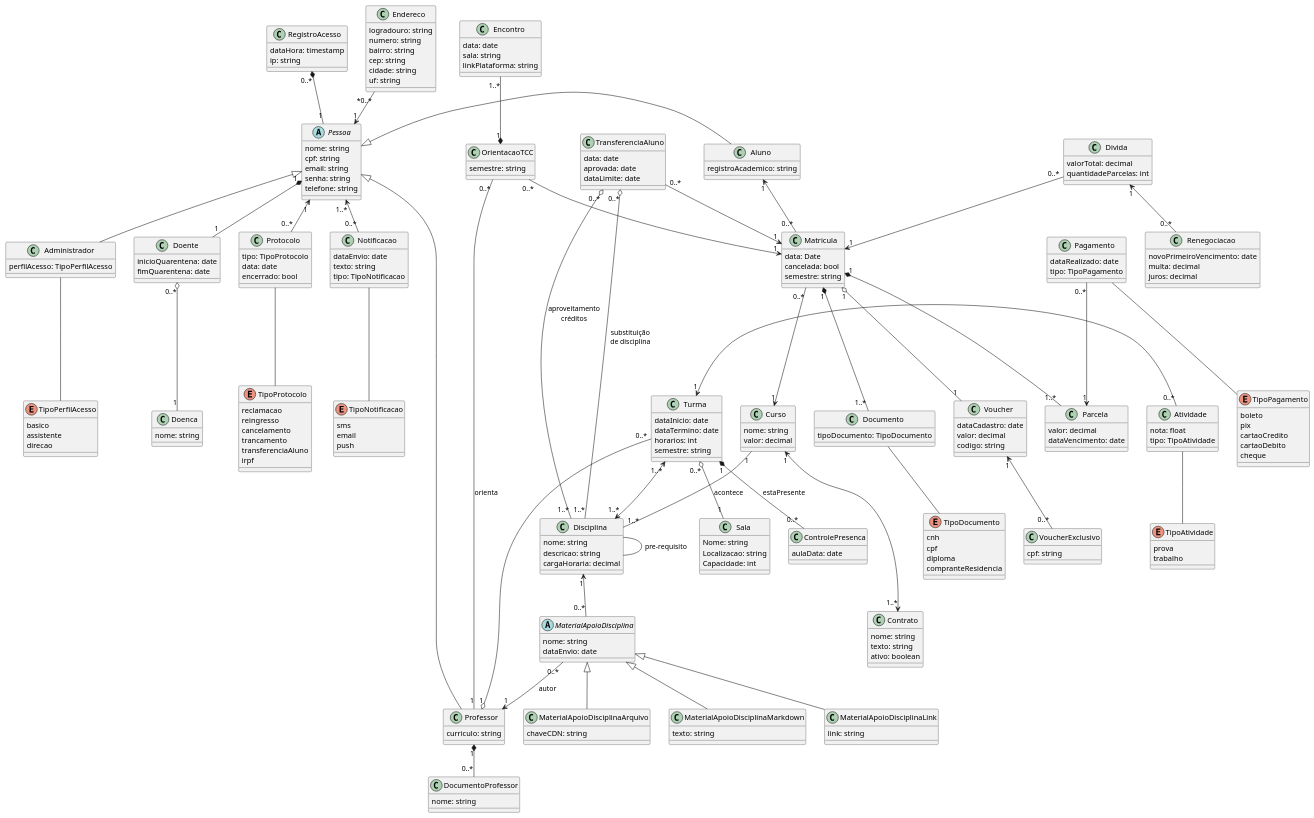
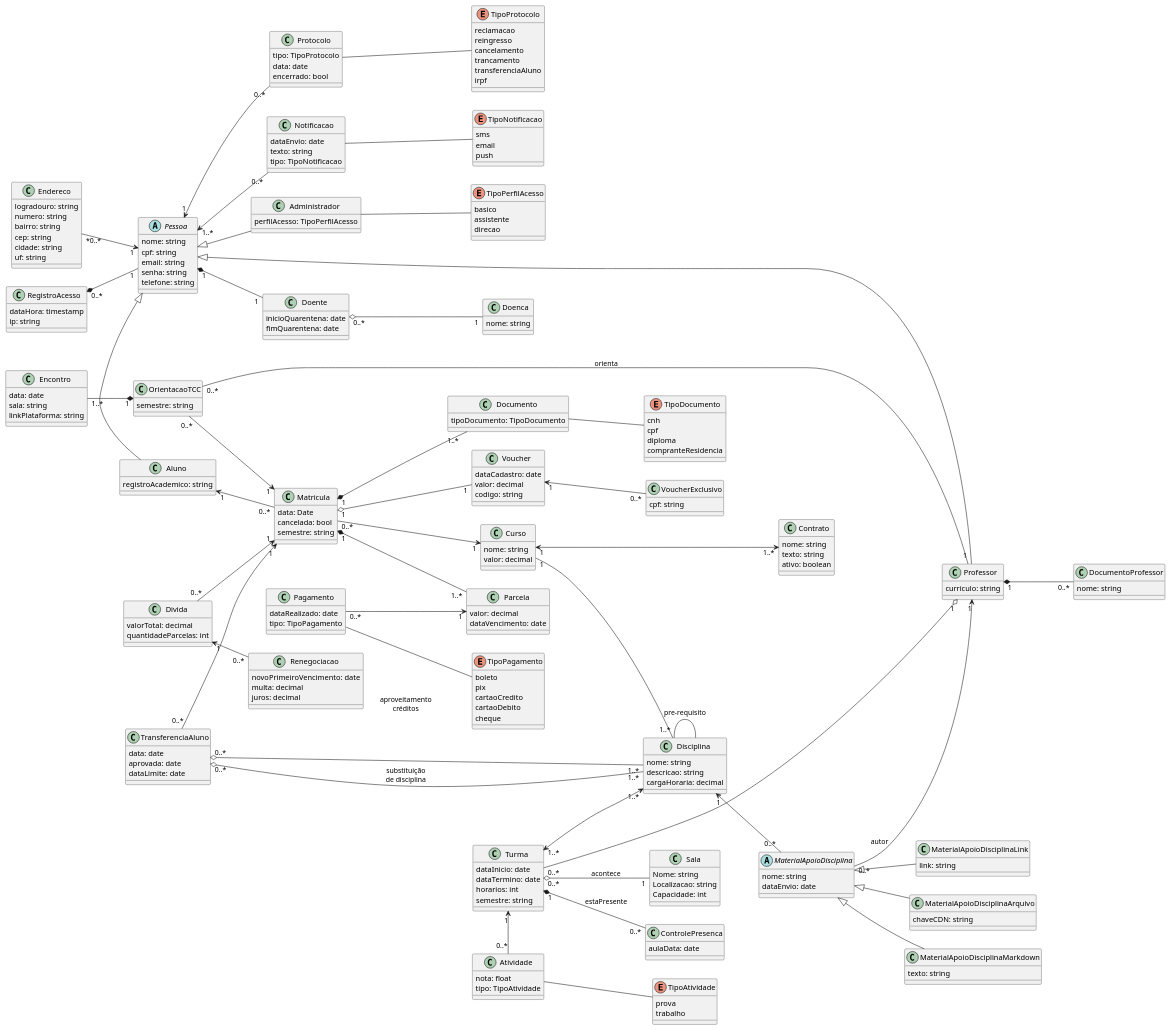
Before and after one commit to PosGraduacaoEquipe7/diagramas-plant-uml: the diagram in diagrama-classes.puml, drawn with PlantUML.

Commit message:
Visualização horizontal

```diff
--- a/diagrama-classes.puml
+++ b/diagrama-classes.puml
@@ -1,10 +1,5 @@
 @startuml classes
-'https://plantuml.com/class-diagram
-'Aggregation implies a relationship where the
-'child can exist independently of the parent.
-'Example: Class (parent) and Student (child).
-'Delete the Class and the Students still exist.
-'Composition implies a relationship where the child cannot exist independent of the parent
+left to right direction
 
 class Matricula{
     data: Date
```
